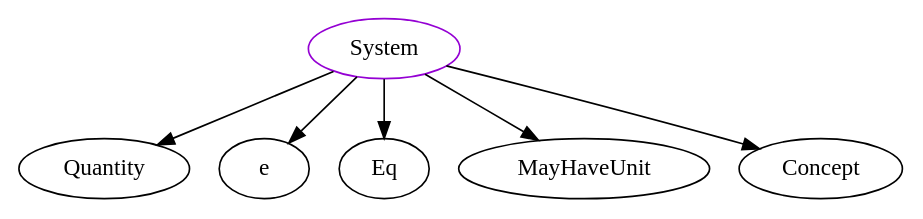
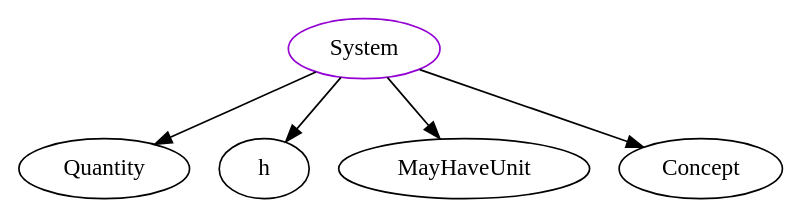
One commit to JacquesCarette/Drasil changed the diagram in analysis/TypeDependencyGraphs/system/System.dot. Above: the diagram before and after it, drawn with Graphviz. The commit also changed 419 other files, not shown here.

```diff
--- a/analysis/TypeDependencyGraphs/system/System.dot
+++ b/analysis/TypeDependencyGraphs/system/System.dot
@@ -1,8 +1,7 @@
 digraph system{
 System	[shape=oval, color=darkviolet, label="System"];
 System -> Quantity;
-System -> e;
-System -> Eq;
+System -> h;
 System -> MayHaveUnit;
 System -> Concept;
 }
```
